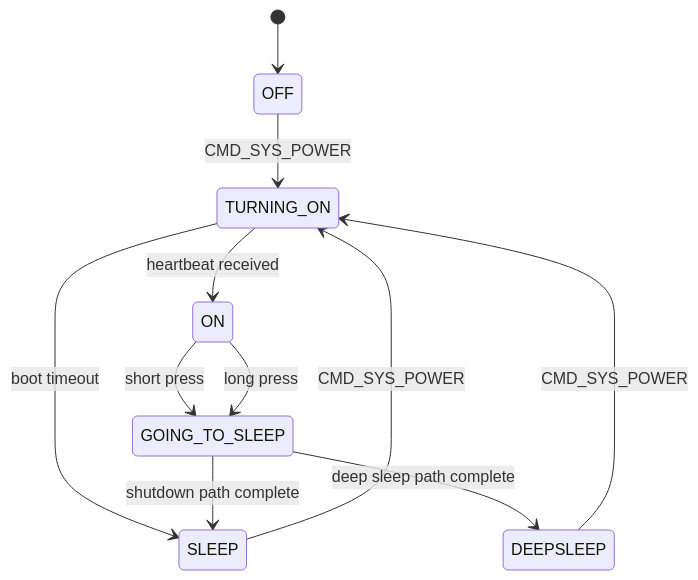
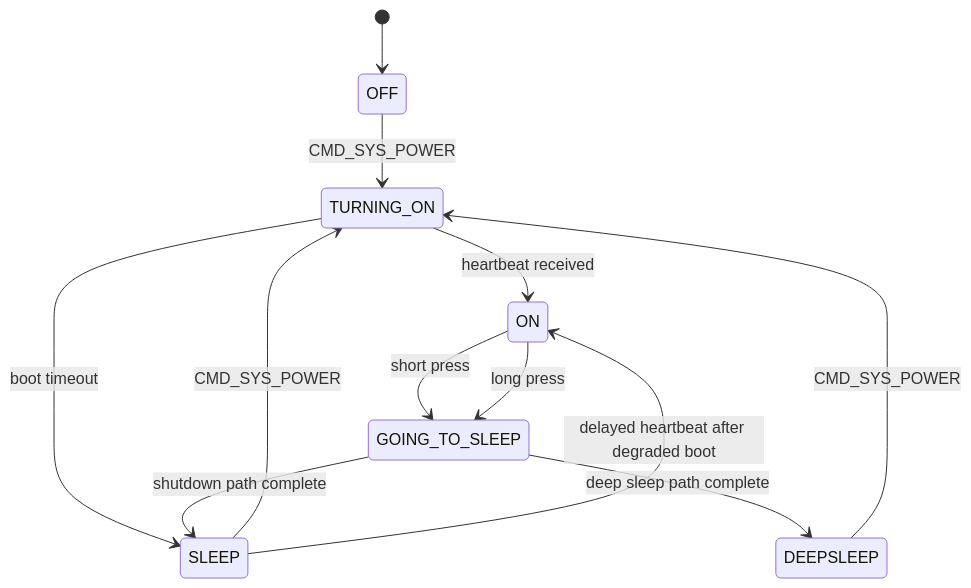
The fifth of 13 diagrams in docs/firmware-technical-design.md (AnthonyLRoy/TinyControlBoard), drawn with Mermaid before and after one commit. The commit also changed other lines of this file and 7 other files, not shown here.

Commit message:
feat: Implement delayed boot recovery mechanism and update power state handling

````diff
--- a/docs/firmware-technical-design.md
+++ b/docs/firmware-technical-design.md
@@ -458,13 +467,14 @@
 ```mermaid
 stateDiagram-v2
     [*] --> OFF
     OFF --> TURNING_ON: CMD_SYS_POWER
     SLEEP --> TURNING_ON: CMD_SYS_POWER
     DEEPSLEEP --> TURNING_ON: CMD_SYS_POWER
     TURNING_ON --> ON: heartbeat received
     TURNING_ON --> SLEEP: boot timeout
+    SLEEP --> ON: delayed heartbeat after degraded boot
     ON --> GOING_TO_SLEEP: short press
     GOING_TO_SLEEP --> SLEEP: shutdown path complete
     ON --> GOING_TO_SLEEP: long press
     GOING_TO_SLEEP --> DEEPSLEEP: deep sleep path complete
 ```
````
